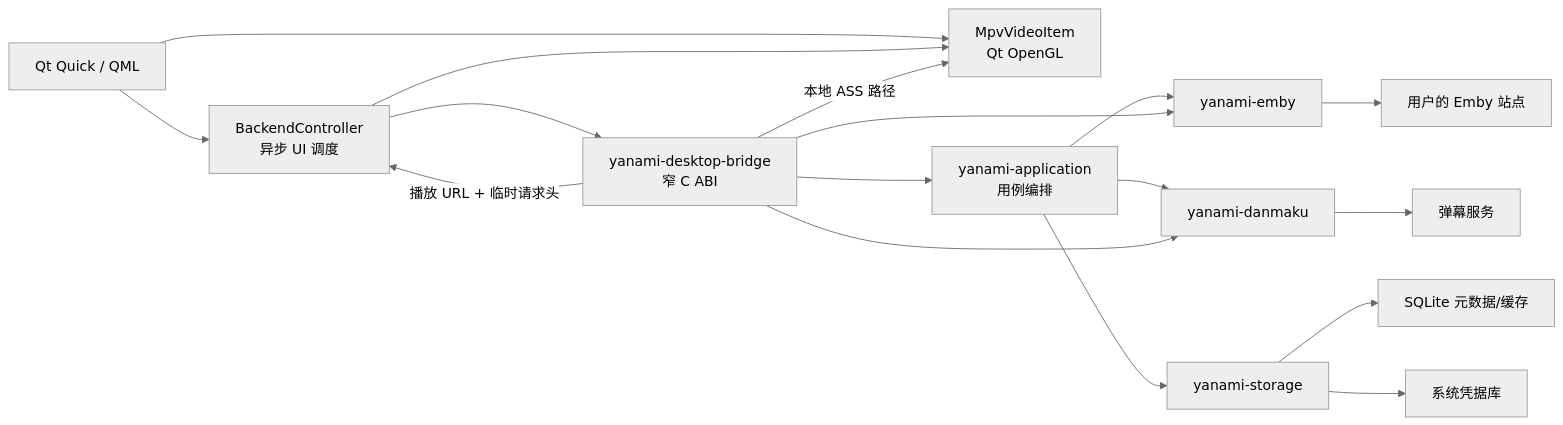
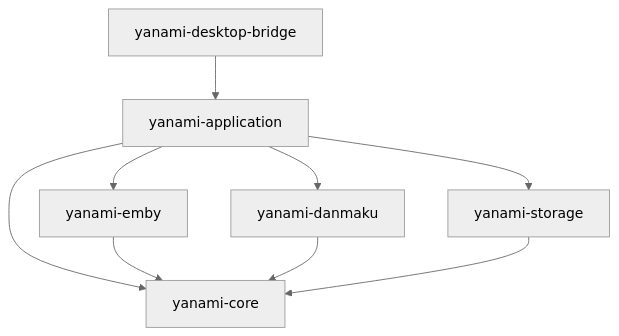
One commit to TwooSix/Yanami changed the second of 3 diagrams in docs/ARCHITECTURE.md. Above: the diagram before and after it, drawn with Mermaid (neutral theme). The commit also changed other lines of this file and 328 other files, not shown here.

````diff
--- a/docs/ARCHITECTURE.md
+++ b/docs/ARCHITECTURE.md
@@ -13,19 +173,11 @@
 ```mermaid
-flowchart LR
-    QML["Qt Quick / QML"] --> Controller["BackendController\n异步 UI 调度"]
-    QML --> MpvItem["MpvVideoItem\nQt OpenGL"]
-    Controller --> ABI["yanami-desktop-bridge\n窄 C ABI"]
-    ABI --> App["yanami-application\n用例编排"]
-    App --> Emby["yanami-emby"]
-    App --> Danmaku["yanami-danmaku"]
-    App --> Storage["yanami-storage"]
-    ABI --> Emby
-    ABI --> Danmaku
-    Emby --> EmbyServer["用户的 Emby 站点"]
-    Danmaku --> DanmakuService["弹幕服务"]
-    Storage --> SQLite["SQLite 元数据/缓存"]
-    Storage --> Vault["系统凭据库"]
-    ABI -->|"播放 URL + 临时请求头"| Controller
-    Controller --> MpvItem
-    ABI -->|"本地 ASS 路径"| MpvItem
+flowchart TD
+    Bridge["yanami-desktop-bridge"] --> Application["yanami-application"]
+    Application --> Core["yanami-core"]
+    Application --> Emby["yanami-emby"]
+    Application --> Danmaku["yanami-danmaku"]
+    Application --> Storage["yanami-storage"]
+    Emby --> Core
+    Danmaku --> Core
+    Storage --> Core
 ```
````
